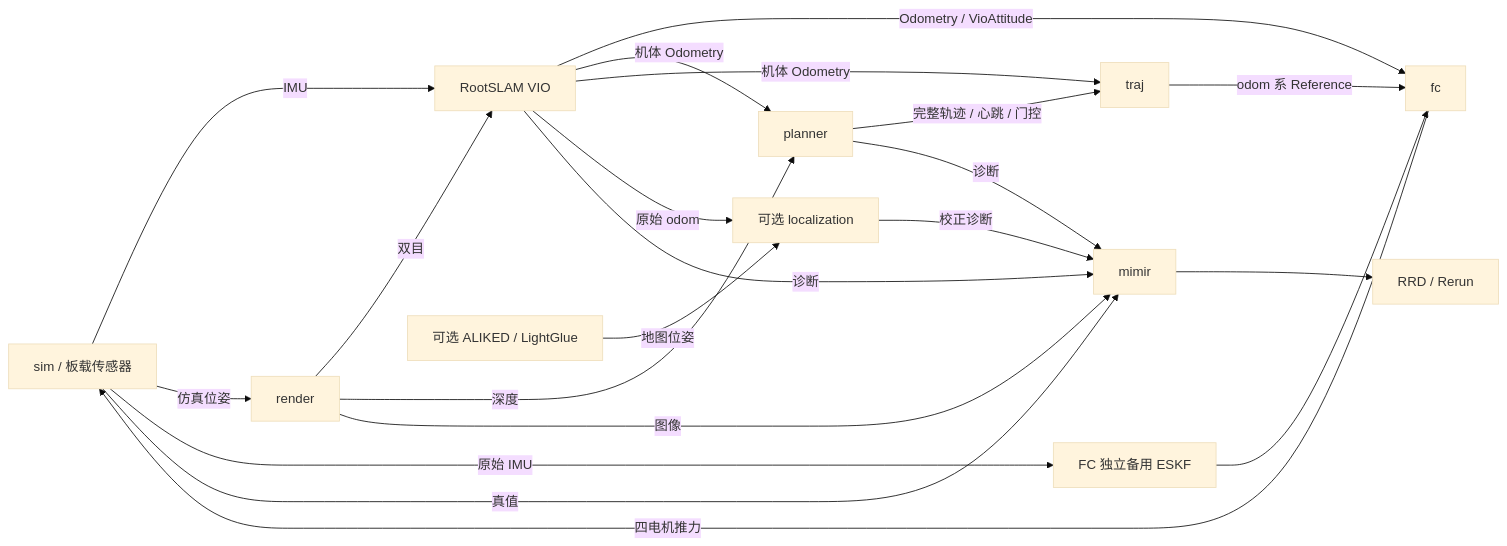
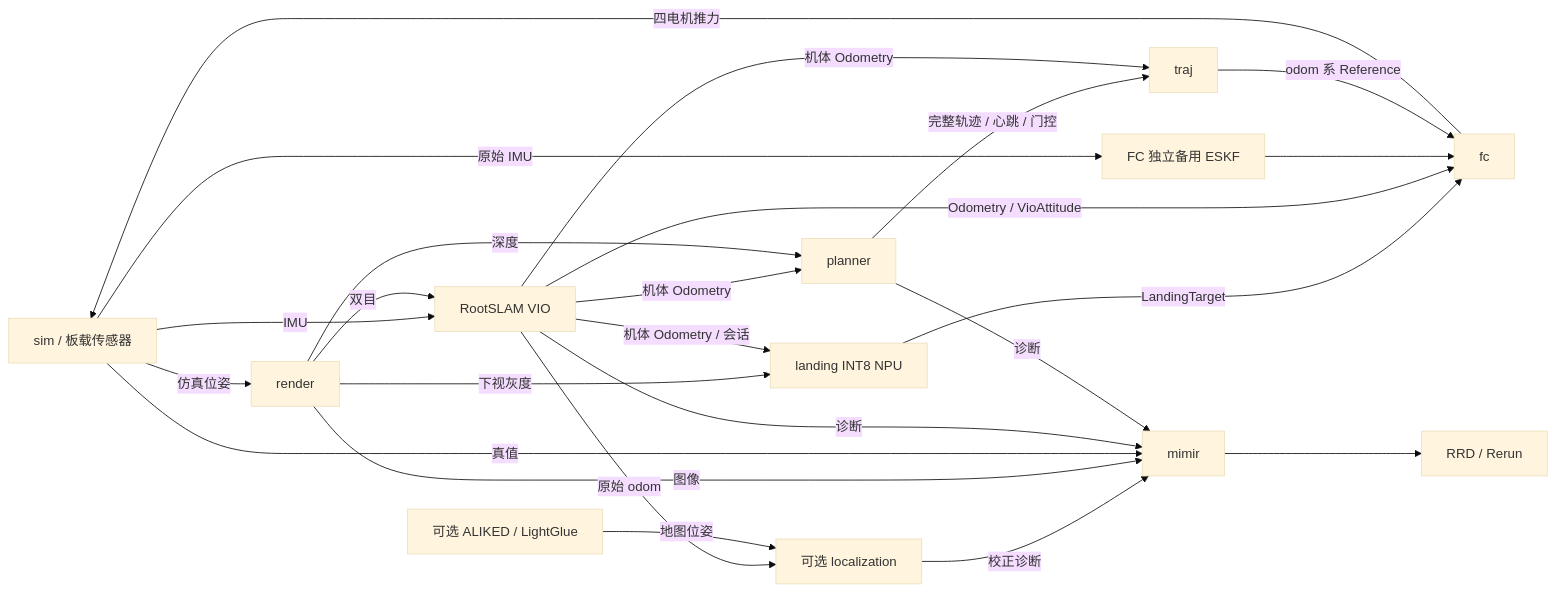
Before and after one commit to 3SE-Competitive-Robotics-Team/firefly: the first of 3 diagrams in docs/architecture.md, drawn with Mermaid (base theme). The commit also changed other lines of this file and 72 other files, not shown here.

````diff
--- a/docs/architecture.md
+++ b/docs/architecture.md
@@ -14,23 +14,26 @@
 ```mermaid
 flowchart LR
     SIM[sim / 板载传感器] -->|IMU| V[RootSLAM VIO]
     SIM -->|仿真位姿| R[render]
     R -->|双目| V
+    R -->|下视灰度| LAND[landing INT8 NPU]
+    V -->|机体 Odometry / 会话| LAND
+    LAND -->|LandingTarget| F
     V -->|Odometry / VioAttitude| F[fc]
     SIM -->|原始 IMU| I[FC 独立备用 ESKF]
     I --> F
     F -->|四电机推力| SIM
     V -->|机体 Odometry| P[planner]
     R -->|深度| P
     P -->|完整轨迹 / 心跳 / 门控| T[traj]
     V -->|机体 Odometry| T
     T -->|odom 系 Reference| F
     V -->|原始 odom| L[可选 localization]
     A[可选 ALIKED / LightGlue] -->|地图位姿| L
     L -->|校正诊断| D[mimir]
     R -->|图像| D
     SIM -->|真值| D
     V -->|诊断| D
     P -->|诊断| D
     D --> RRD[RRD / Rerun]
 ```
````
